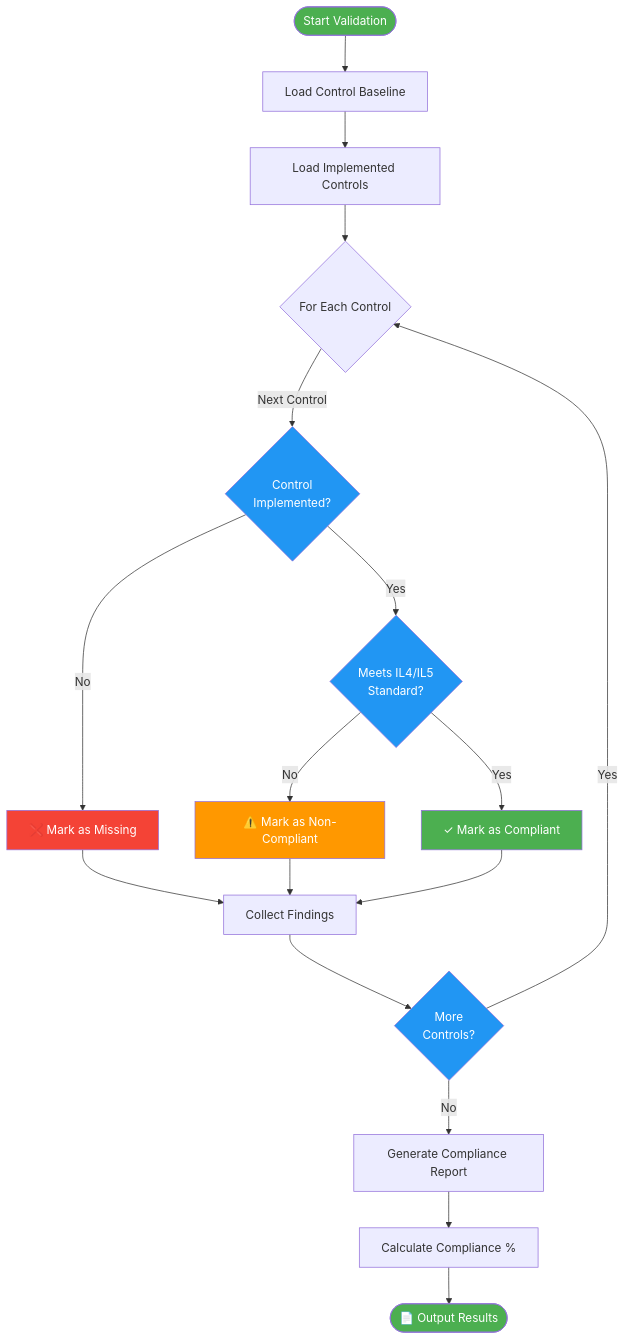
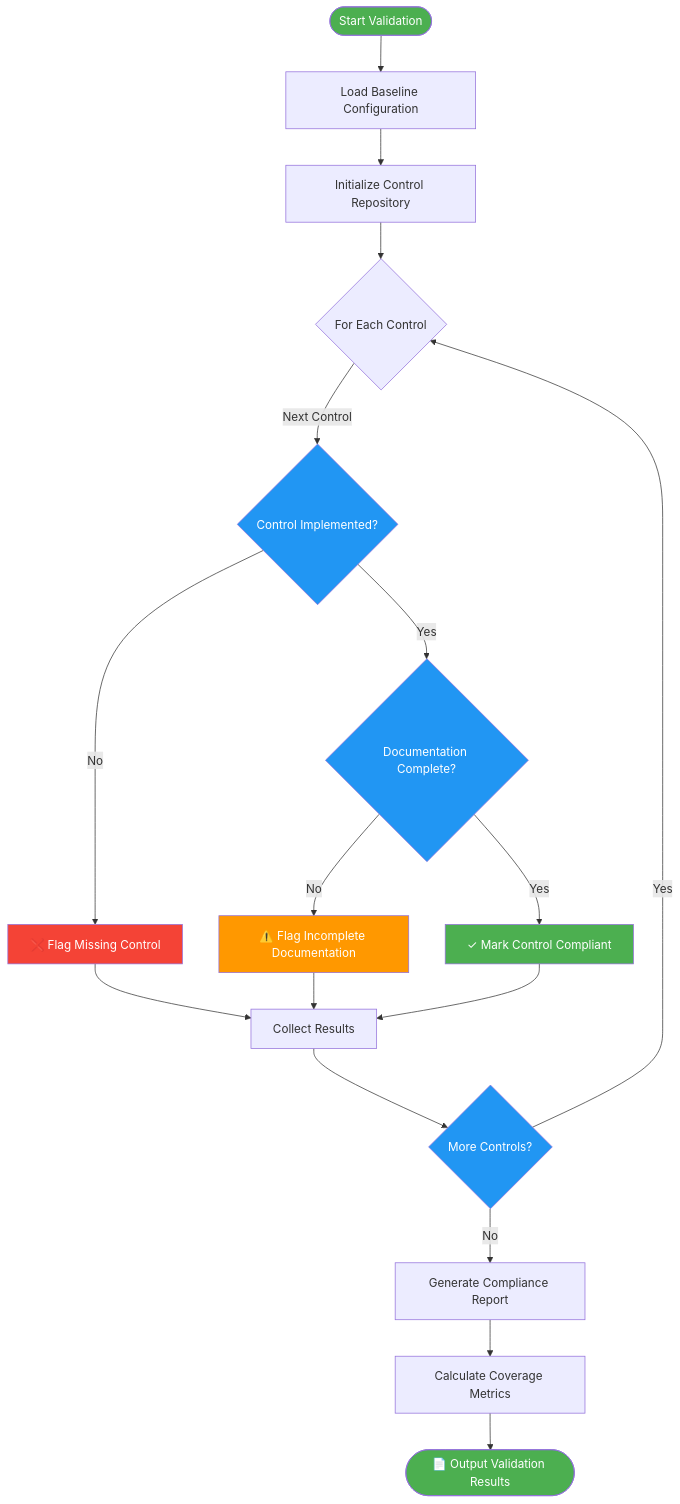
One commit to Suren-Jewels/Scripts-Toolkit changed the third of 4 diagrams in security-compliance/fedramp/README.md. Above: the diagram before and after it, drawn with Mermaid. The commit also changed other lines of this file, not shown here.

````diff
--- a/security-compliance/fedramp/README.md
+++ b/security-compliance/fedramp/README.md
@@ -141,36 +132,36 @@
 ```mermaid
 flowchart TD
-    Start([Start Validation]) --> LoadBaseline[Load Control Baseline]
-    LoadBaseline --> LoadImplemented[Load Implemented Controls]
+    Start([Start Validation]) --> Step1[Load Baseline Configuration]
+    Step1 --> Step2[Initialize Control Repository]
     
-    LoadImplemented --> IterateControls{For Each Control}
+    Step2 --> Loop{For Each Control}
     
-    IterateControls -->|Next Control| CheckExists{Control<br/>Implemented?}
+    Loop -->|Next Control| Decision1{Control Implemented?}
     
-    CheckExists -->|No| MarkMissing[❌ Mark as Missing]
-    CheckExists -->|Yes| CheckStandard{Meets IL4/IL5<br/>Standard?}
+    Decision1 -->|No| Action1[❌ Flag Missing Control]
+    Decision1 -->|Yes| Decision2{Documentation Complete?}
     
-    CheckStandard -->|No| MarkNonCompliant[⚠️ Mark as Non-Compliant]
-    CheckStandard -->|Yes| MarkCompliant[✓ Mark as Compliant]
+    Decision2 -->|No| Action2[⚠️ Flag Incomplete Documentation]
+    Decision2 -->|Yes| Action3[✓ Mark Control Compliant]
     
-    MarkMissing --> CollectFindings[Collect Findings]
-    MarkNonCompliant --> CollectFindings
-    MarkCompliant --> CollectFindings
+    Action1 --> Collect[Collect Results]
+    Action2 --> Collect
+    Action3 --> Collect
     
-    CollectFindings --> MoreControls{More<br/>Controls?}
+    Collect --> MoreItems{More Controls?}
     
-    MoreControls -->|Yes| IterateControls
-    MoreControls -->|No| GenerateReport[Generate Compliance Report]
+    MoreItems -->|Yes| Loop
+    MoreItems -->|No| Generate[Generate Compliance Report]
     
-    GenerateReport --> CalculateMetrics[Calculate Compliance %]
-    CalculateMetrics --> OutputResults([📄 Output Results])
+    Generate --> Calculate[Calculate Coverage Metrics]
+    Calculate --> Output([📄 Output Validation Results])
     
     style Start fill:#4CAF50,color:#fff
-    style OutputResults fill:#4CAF50,color:#fff
-    style MarkCompliant fill:#4CAF50,color:#fff
-    style MarkNonCompliant fill:#FF9800,color:#fff
-    style MarkMissing fill:#F44336,color:#fff
-    style CheckExists fill:#2196F3,color:#fff
-    style CheckStandard fill:#2196F3,color:#fff
-    style MoreControls fill:#2196F3,color:#fff
+    style Output fill:#4CAF50,color:#fff
+    style Action3 fill:#4CAF50,color:#fff
+    style Action2 fill:#FF9800,color:#fff
+    style Action1 fill:#F44336,color:#fff
+    style Decision1 fill:#2196F3,color:#fff
+    style Decision2 fill:#2196F3,color:#fff
+    style MoreItems fill:#2196F3,color:#fff
 ```
````
